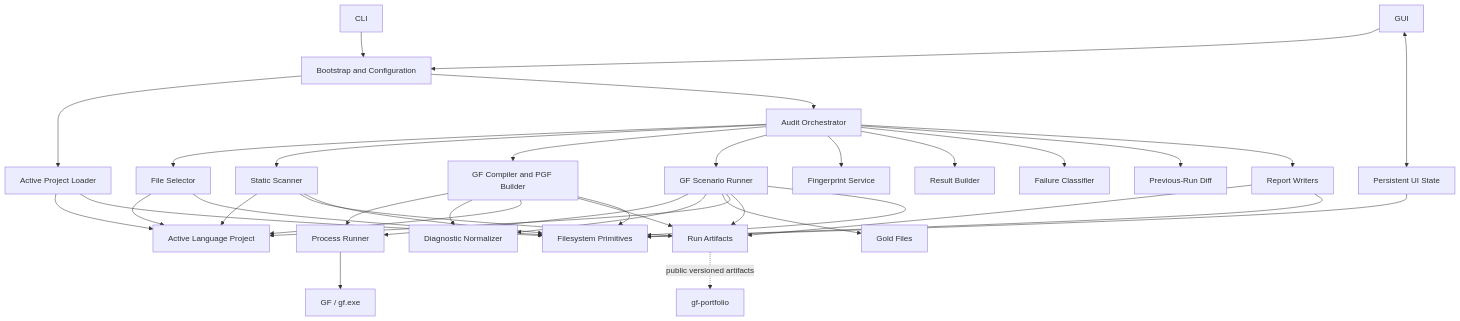
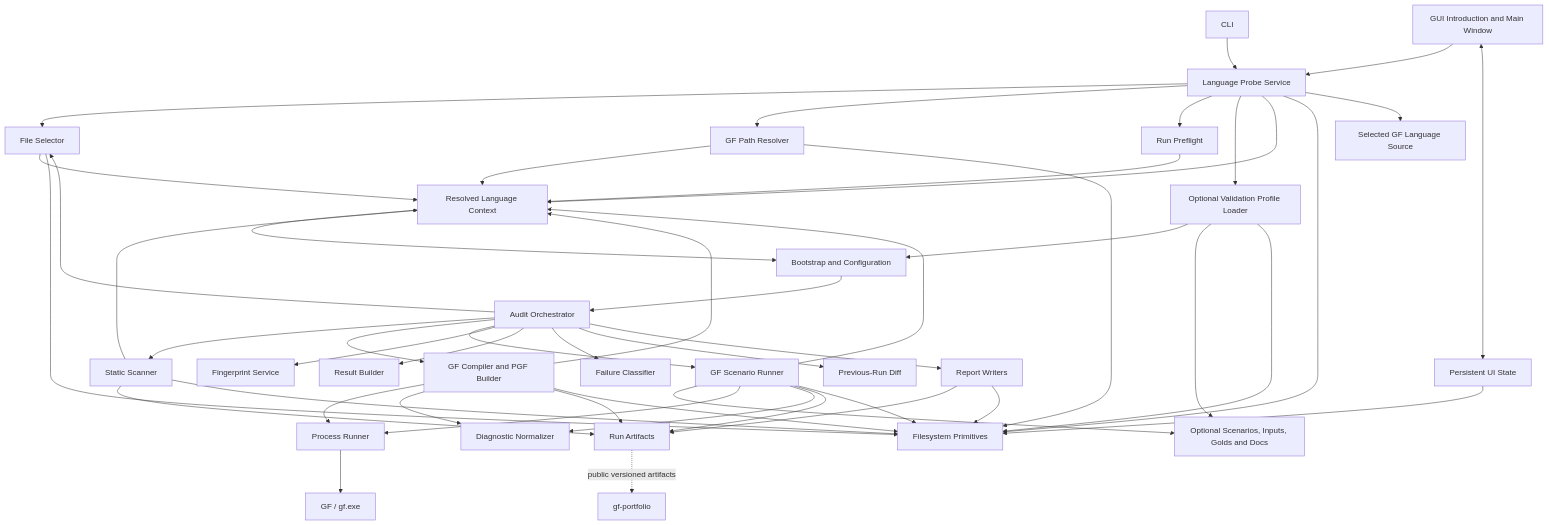
One commit to MA-Gustave/GF_Wordbench changed the diagram in docs/architecture/COMPONENT_MAP.md. Above: the diagram before and after it, drawn with Mermaid. The commit also changed other lines of this file and 197 other files, not shown here.

````diff
--- a/docs/architecture/COMPONENT_MAP.md
+++ b/docs/architecture/COMPONENT_MAP.md
@@ -131,12 +144,16 @@
 ```mermaid
 flowchart TD
     CLI[CLI]
-    GUI[GUI]
+    GUI[GUI Introduction and Main Window]
     STATE[Persistent UI State]
+    PROBE[Language Probe Service]
+    PROFILE[Optional Validation Profile Loader]
     BOOT[Bootstrap and Configuration]
-    PCONF[Active Project Loader]
+    CTX[Resolved Language Context]
     CORE[Audit Orchestrator]
     SELECT[File Selector]
+    PATH[GF Path Resolver]
+    PREFLIGHT[Run Preflight]
     SCAN[Static Scanner]
     COMP[GF Compiler and PGF Builder]
     SCEN[GF Scenario Runner]
@@ -149,16 +166,24 @@
     DIFF[Previous-Run Diff]
     REPORTS[Report Writers]
     FS[Filesystem Primitives]
-    PROJECT[Active Language Project]
-    GOLD[Gold Files]
+    SOURCE[Selected GF Language Source]
+    ASSETS[Optional Scenarios, Inputs, Golds and Docs]
     RUN[Run Artifacts]
     PORTFOLIO[gf-portfolio]
 
-    CLI --> BOOT
-    GUI --> BOOT
+    CLI --> PROBE
+    GUI --> PROBE
     GUI <--> STATE
-    BOOT --> PCONF
-    PCONF --> PROJECT
+    PROBE --> SELECT
+    PROBE --> PATH
+    PROBE --> PREFLIGHT
+    PROBE --> PROFILE
+    PROBE --> CTX
+    PROBE --> FS
+    PROBE --> SOURCE
+
+    CTX --> BOOT
+    PROFILE --> BOOT
     BOOT --> CORE
 
     CORE --> SELECT
@@ -171,18 +196,20 @@
     CORE --> DIFF
     CORE --> REPORTS
 
+    SELECT --> CTX
+    PATH --> CTX
+    PREFLIGHT --> CTX
+    SCAN --> CTX
+    COMP --> CTX
+    SCEN --> CTX
+    PROFILE --> ASSETS
+    SCEN --> ASSETS
+
     COMP --> PROC
     SCEN --> PROC
     PROC --> GF
-
     COMP --> DIAG
     SCEN --> DIAG
-    SCEN --> GOLD
-
-    SELECT --> PROJECT
-    SCAN --> PROJECT
-    COMP --> PROJECT
-    SCEN --> PROJECT
 
     SCAN --> RUN
     COMP --> RUN
@@ -191,8 +218,9 @@
     RUN -. public versioned artifacts .-> PORTFOLIO
 
     STATE --> FS
-    PCONF --> FS
     SELECT --> FS
+    PATH --> FS
+    PROFILE --> FS
     SCAN --> FS
     COMP --> FS
     SCEN --> FS
````
